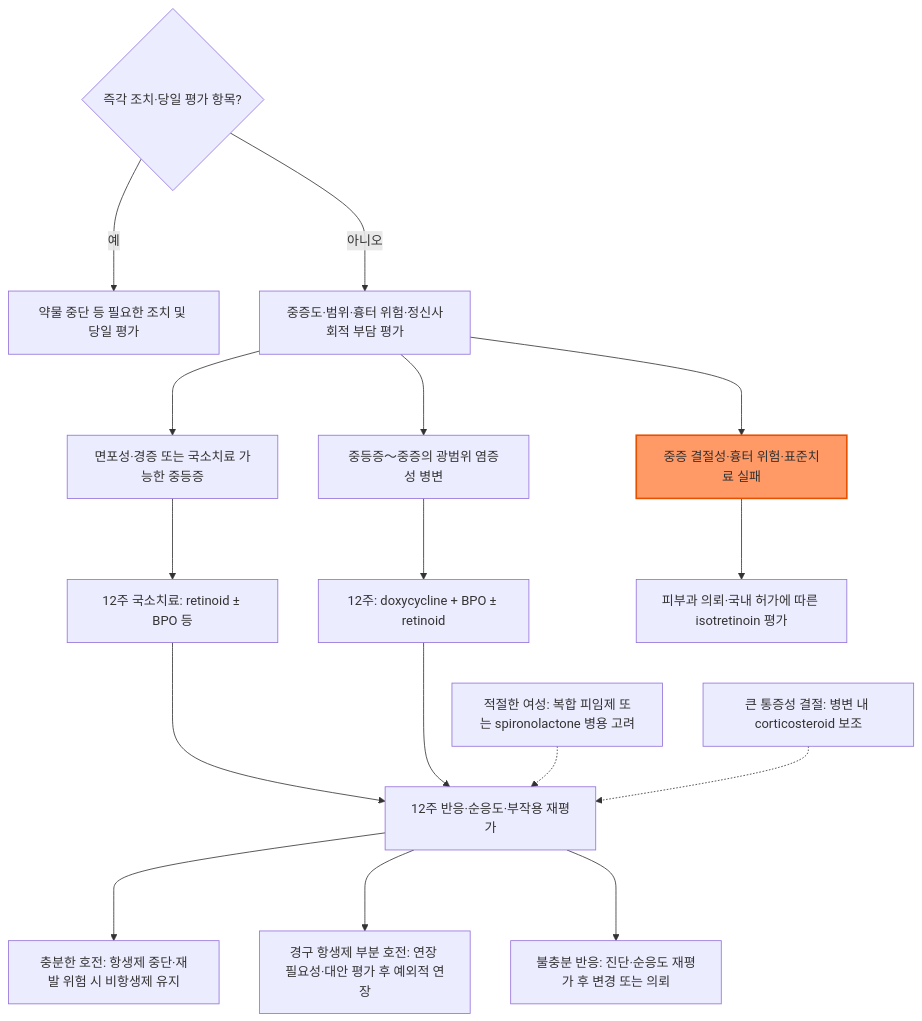
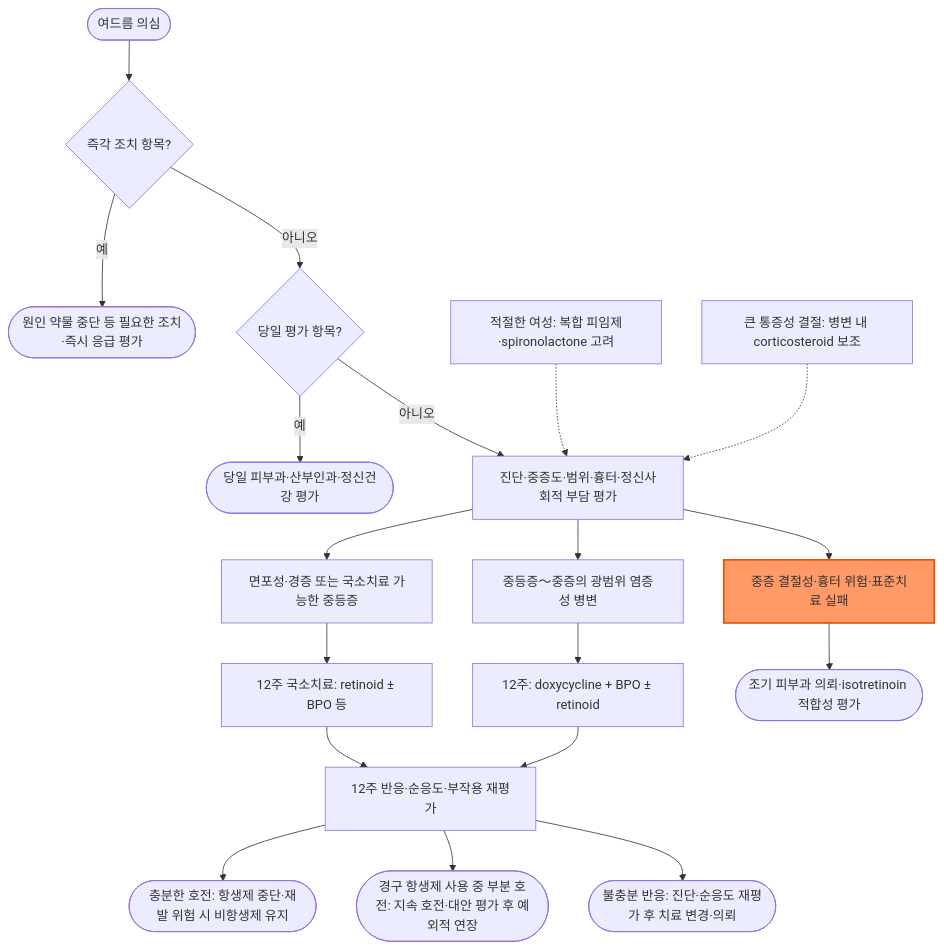
One commit to familyoh77/familyoh77 changed the diagram in 229_/178_-acne-vulgaris.md. Above: the diagram before and after it, drawn with Mermaid. The commit also changed other lines of this file and 10 other files, not shown here.

````diff
--- a/229_/178_-acne-vulgaris.md
+++ b/229_/178_-acne-vulgaris.md
@@ -120,19 +122,22 @@
 ```mermaid
 flowchart TD
-    R{"즉각 조치·당일 평가 항목?"} --->|예| U["약물 중단 등 필요한 조치 및 당일 평가"]
-    R --->|아니오| A["중증도·범위·흉터 위험·정신사회적 부담 평가"]
-    A ---> B["면포성·경증 또는 국소치료 가능한 중등증"]
-    A ---> C["중등증～중증의 광범위 염증성 병변"]
-    A ---> D["중증 결절성·흉터 위험·표준치료 실패"]
-    B ---> E["12주 국소치료: retinoid ± BPO 등"]
-    C ---> F["12주: doxycycline + BPO ± retinoid"]
-    D ---> H["피부과 의뢰·국내 허가에 따른 isotretinoin 평가"]
-    E ---> I["12주 반응·순응도·부작용 재평가"]
-    F ---> I
-    I ---> J["충분한 호전: 항생제 중단·재발 위험 시 비항생제 유지"]
-    I ---> K["경구 항생제 부분 호전: 연장 필요성·대안 평가 후 예외적 연장"]
-    I ---> L["불충분 반응: 진단·순응도 재평가 후 변경 또는 의뢰"]
-    G["적절한 여성: 복합 피임제 또는 spironolactone 병용 고려"] -.-> I
-    M["큰 통증성 결절: 병변 내 corticosteroid 보조"] -.-> I
+    S(["여드름 의심"]) --> R{"즉각 조치 항목?"}
+    R -->|예| U(["원인 약물 중단 등 필요한 조치·즉시 응급 평가"])
+    R -->|아니오| Q{"당일 평가 항목?"}
+    Q -->|예| V(["당일 피부과·산부인과·정신건강 평가"])
+    Q -->|아니오| A["진단·중증도·범위·흉터·정신사회적 부담 평가"]
+    A --> B["면포성·경증 또는 국소치료 가능한 중등증"]
+    A --> C["중등증～중증의 광범위 염증성 병변"]
+    A --> D["중증 결절성·흉터 위험·표준치료 실패"]
+    B --> E["12주 국소치료: retinoid ± BPO 등"]
+    C --> F["12주: doxycycline + BPO ± retinoid"]
+    D --> H(["조기 피부과 의뢰·isotretinoin 적합성 평가"])
+    E --> I["12주 반응·순응도·부작용 재평가"]
+    F --> I
+    I --> J(["충분한 호전: 항생제 중단·재발 위험 시 비항생제 유지"])
+    I --> K(["경구 항생제 사용 중 부분 호전: 지속 호전·대안 평가 후 예외적 연장"])
+    I --> L(["불충분 반응: 진단·순응도 재평가 후 치료 변경·의뢰"])
+    G["적절한 여성: 복합 피임제·spironolactone 고려"] -.-> A
+    M["큰 통증성 결절: 병변 내 corticosteroid 보조"] -.-> A
     style D fill:#f96,stroke:#e65100,stroke-width:2px
 ```
````
